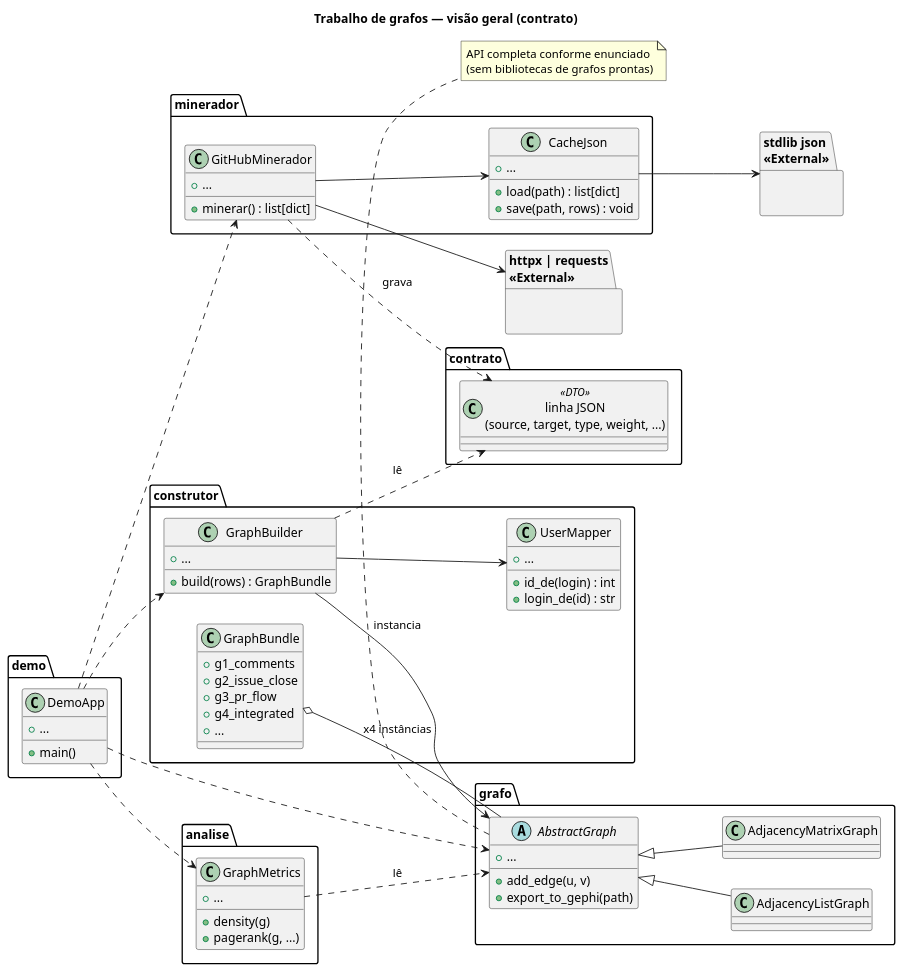
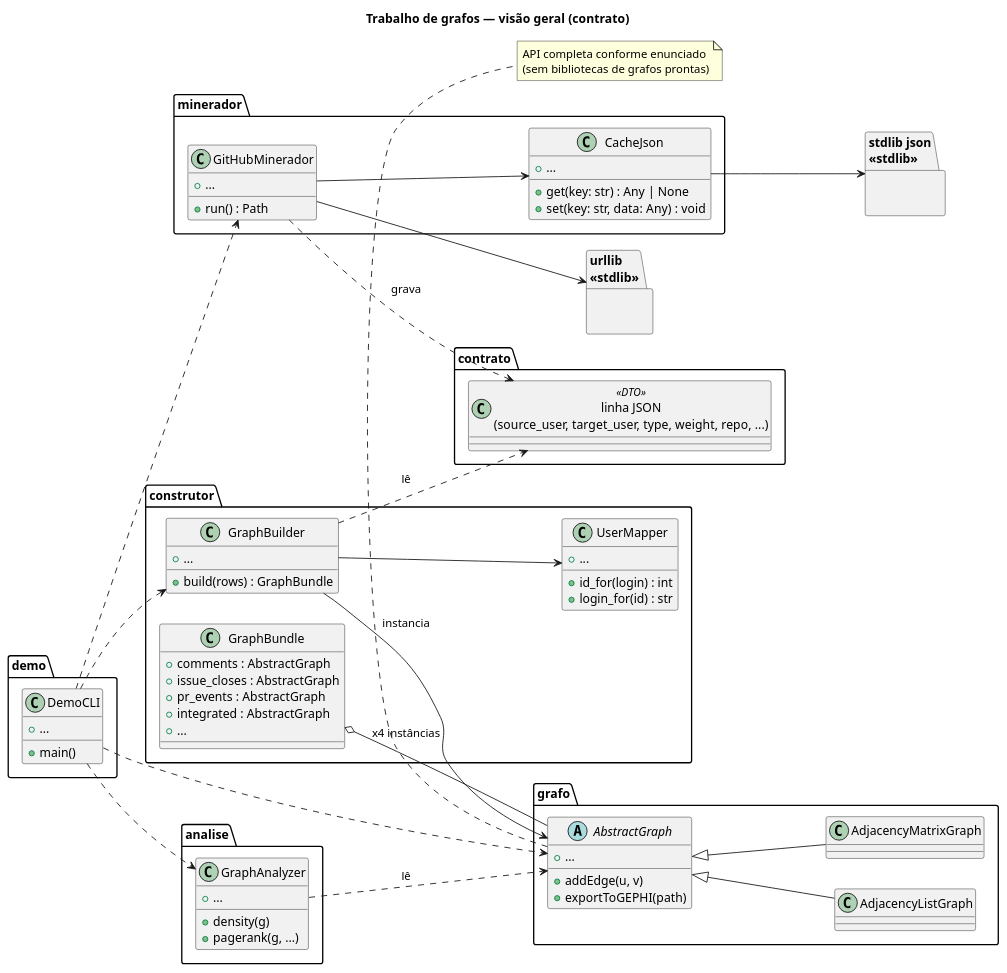
Before and after one commit to Erickguedesc/trabalho-pratico-grafos: the diagram in docs/contrato/diagrama-visao-geral.puml, drawn with PlantUML. The commit also changed 11 other files, not shown here.

```diff
--- a/docs/contrato/diagrama-visao-geral.puml
+++ b/docs/contrato/diagrama-visao-geral.puml
@@ -1,94 +1,94 @@
 @startuml diagrama-visao-geral
 
 title Trabalho de grafos — visão geral (contrato)
 
 left to right direction
 
 package minerador {
   class GitHubMinerador {
-    + minerar() : list[dict]
+    + run() : Path
     + ...
   }
   class CacheJson {
-    + load(path) : list[dict]
-    + save(path, rows) : void
+    + get(key: str) : Any | None
+    + set(key: str, data: Any) : void
     + ...
   }
 }
 
 package contrato {
-  class "linha JSON\n(source, target, type, weight, ...)" as LinhaJson <<DTO>> {
+  class "linha JSON\n(source_user, target_user, type, weight, repo, ...)" as LinhaJson <<DTO>> {
   }
 }
 
 package construtor {
   class UserMapper {
-    + id_de(login) : int
-    + login_de(id) : str
+    + id_for(login) : int
+    + login_for(id) : str
     + ...
   }
   class GraphBuilder {
     + build(rows) : GraphBundle
     + ...
   }
   class GraphBundle {
-    + g1_comments
-    + g2_issue_close
-    + g3_pr_flow
-    + g4_integrated
+    + comments : AbstractGraph
+    + issue_closes : AbstractGraph
+    + pr_events : AbstractGraph
+    + integrated : AbstractGraph
     + ...
   }
 }
 
 package grafo {
   abstract class AbstractGraph {
-    + add_edge(u, v)
-    + export_to_gephi(path)
+    + addEdge(u, v)
+    + exportToGEPHI(path)
     + ...
   }
   class AdjacencyMatrixGraph
   class AdjacencyListGraph
 }
 
 package analise {
-  class GraphMetrics {
+  class GraphAnalyzer {
     + density(g)
     + pagerank(g, ...)
     + ...
   }
 }
 
 package demo {
-  class DemoApp {
+  class DemoCLI {
     + main()
     + ...
   }
 }
 
-package "httpx | requests\n<<External>>" as ExtHttp {
+package "urllib\n<<stdlib>>" as ExtHttp {
 }
-package "stdlib json\n<<External>>" as ExtJson {
+package "stdlib json\n<<stdlib>>" as ExtJson {
 }
 
 GitHubMinerador --> ExtHttp
 GitHubMinerador --> CacheJson
 CacheJson --> ExtJson
 GitHubMinerador ..> LinhaJson : grava
 GraphBuilder ..> LinhaJson : lê
 GraphBuilder --> UserMapper
 GraphBuilder --> AbstractGraph : instancia
 GraphBundle o-- AbstractGraph : x4 instâncias
 AbstractGraph <|-- AdjacencyMatrixGraph
 AbstractGraph <|-- AdjacencyListGraph
-GraphMetrics ..> AbstractGraph : lê
-DemoApp ..> AbstractGraph
-DemoApp ..> GraphBuilder
-DemoApp ..> GitHubMinerador
-DemoApp ..> GraphMetrics
+GraphAnalyzer ..> AbstractGraph : lê
+DemoCLI ..> AbstractGraph
+DemoCLI ..> GraphBuilder
+DemoCLI ..> GitHubMinerador
+DemoCLI ..> GraphAnalyzer
 
 note bottom of AbstractGraph
   API completa conforme enunciado
   (sem bibliotecas de grafos prontas)
 end note
 
 @enduml
```
